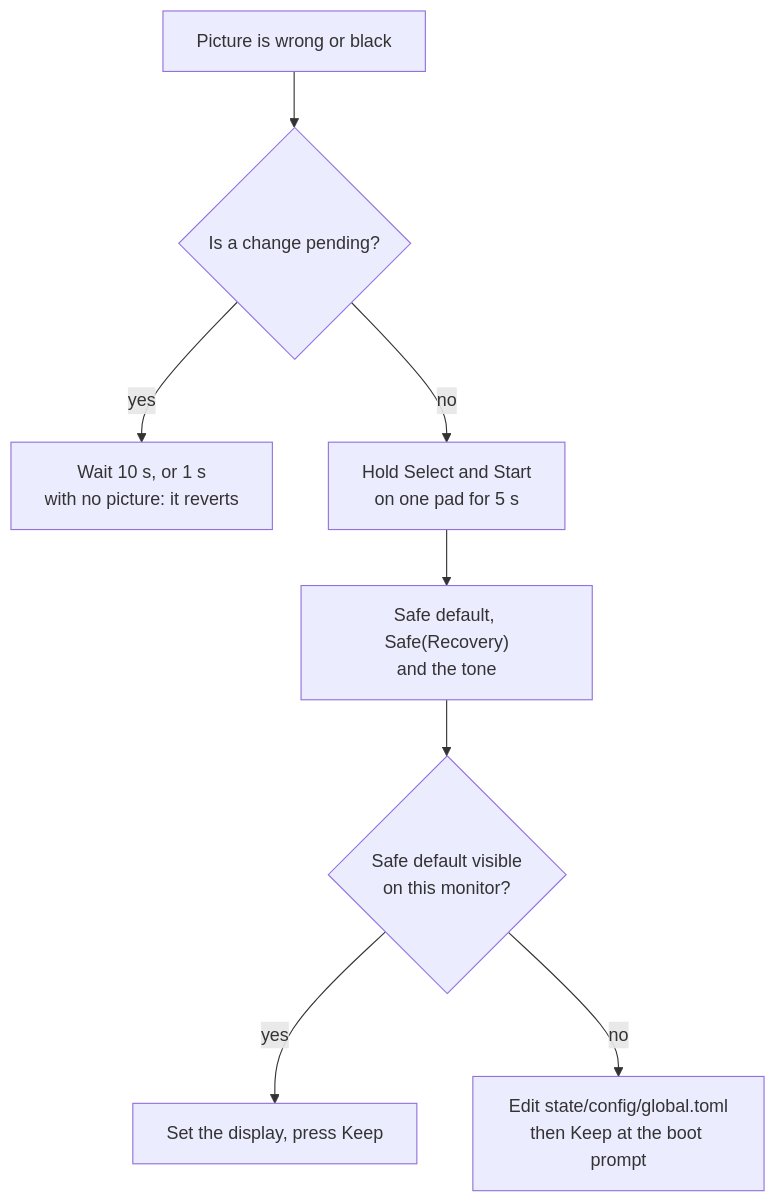
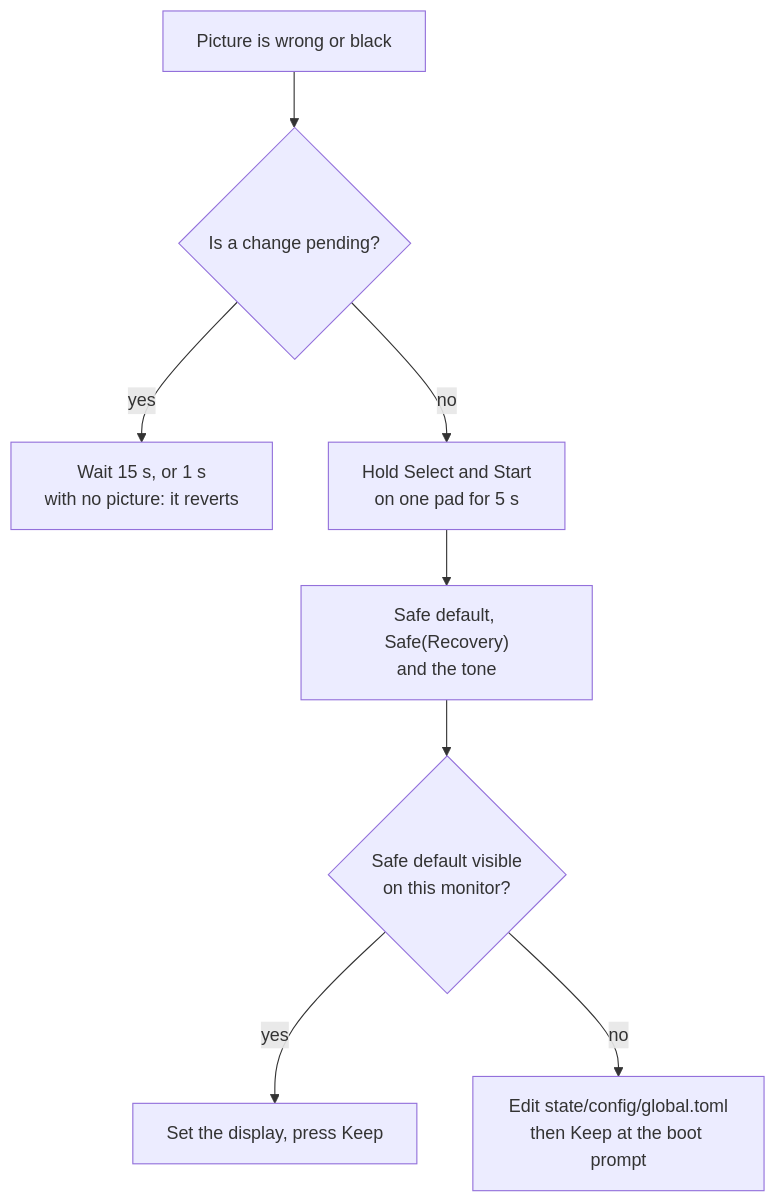
Before and after one commit to paologaleotti/neptron: the second of 2 diagrams in docs/flows/10-what-happens-when.md, drawn with Mermaid. The commit also changed other lines of this file and 2 other files, not shown here.

First line of the commit message:
docs(flows): fix the guard timings and the safe default in the boot, guard and situations pages

````diff
--- a/docs/flows/10-what-happens-when.md
+++ b/docs/flows/10-what-happens-when.md
@@ -26,10 +26,10 @@
 ```mermaid
 flowchart TD
     X["Picture is wrong or black"] --> W{"Is a change pending?"}
-    W -->|"yes"| T["Wait 10 s, or 1 s<br/>with no picture: it reverts"]
+    W -->|"yes"| T["Wait 15 s, or 1 s<br/>with no picture: it reverts"]
     W -->|"no"| H["Hold Select and Start<br/>on one pad for 5 s"]
     H --> SM["Safe default, Safe(Recovery)<br/>and the tone"]
     SM --> V{"Safe default visible<br/>on this monitor?"}
     V -->|"yes"| K["Set the display, press Keep"]
     V -->|"no"| E["Edit state/config/global.toml<br/>then Keep at the boot prompt"]
 ```
````
